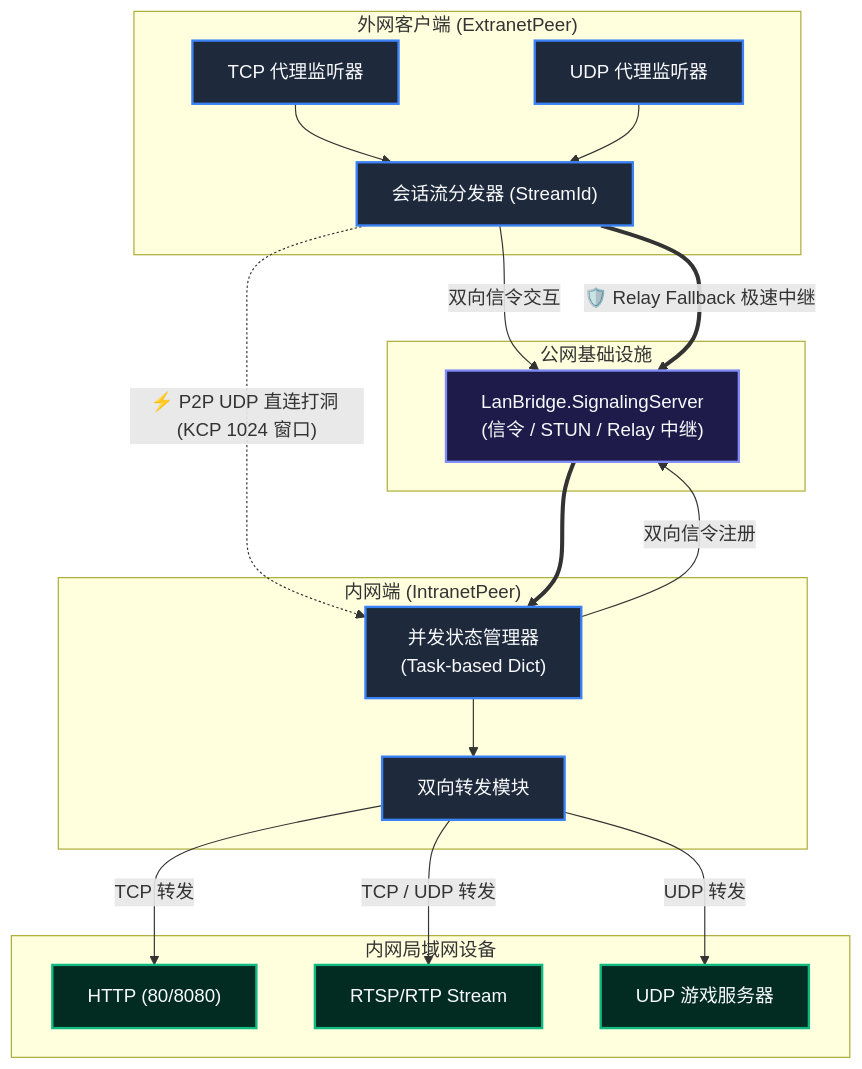
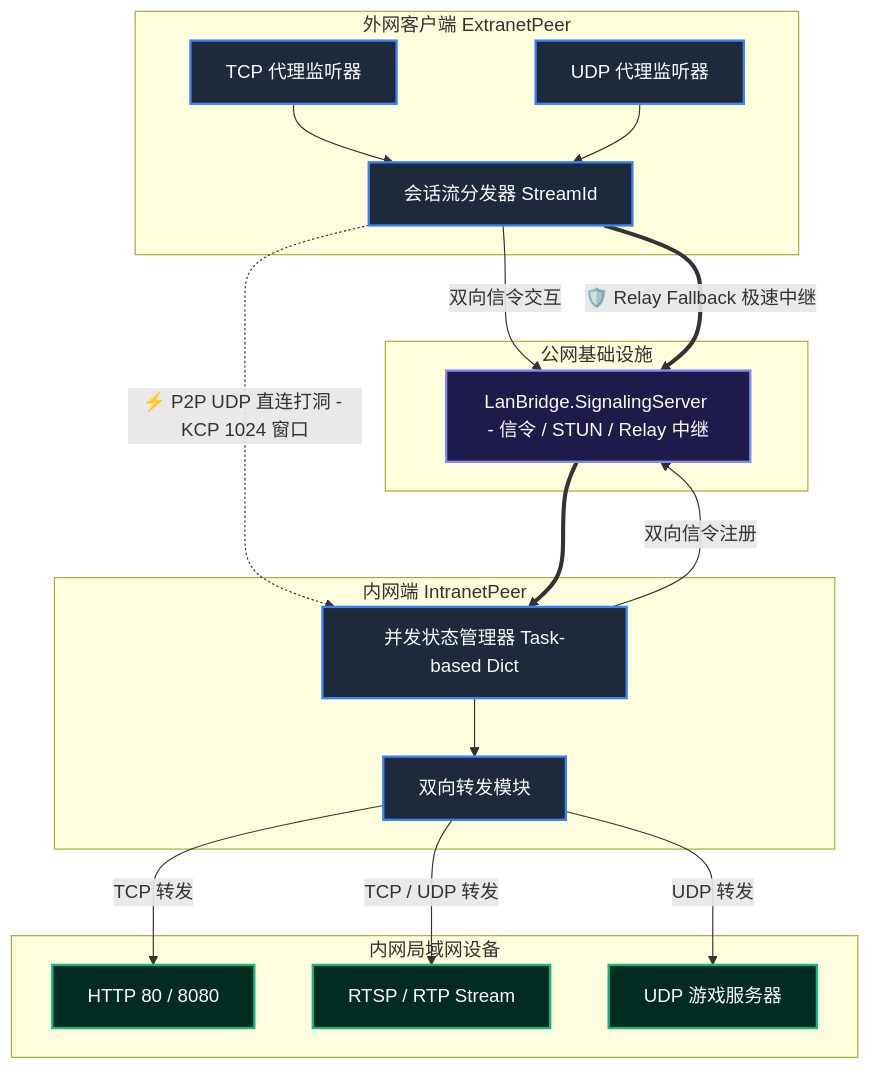
Before and after one commit to wobushiafa/LanBridge: the diagram in README.md, drawn with Mermaid. The commit also changed 5 other files, not shown here.

Commit message:
feat: implement IPv4/IPv6 dual-stack parallel hole punching with Happy Eyeballs style selection and STUN resolution, and fix Mermaid diagram syntax in README.md

````diff
--- a/README.md
+++ b/README.md
@@ -33,47 +33,47 @@
 ```mermaid
 flowchart TB
-    subgraph Extranet ["外网客户端 (ExtranetPeer)"]
+    subgraph Extranet ["外网客户端 ExtranetPeer"]
         LocalTCP["TCP 代理监听器"]
         LocalUDP["UDP 代理监听器"]
-        ExtSession["会话流分发器 (StreamId)"]
+        ExtSession["会话流分发器 StreamId"]
     end
 
     subgraph Internet ["公网基础设施"]
-        Server["LanBridge.SignalingServer<br/>(信令 / STUN / Relay 中继)"]
+        Server["LanBridge.SignalingServer - 信令 / STUN / Relay 中继"]
     end
 
-    subgraph Intranet ["内网端 (IntranetPeer)"]
-        IntSession["并发状态管理器<br/>(Task-based Dict)"]
+    subgraph Intranet ["内网端 IntranetPeer"]
+        IntSession["并发状态管理器 Task-based Dict"]
         TargetRouter["双向转发模块"]
     end
 
     subgraph LAN ["内网局域网设备"]
-        HTTP["HTTP (80/8080)"]
-        RTSP["RTSP/RTP Stream"]
+        HTTP["HTTP 80 / 8080"]
+        RTSP["RTSP / RTP Stream"]
         Game["UDP 游戏服务器"]
     end
 
     %% 信令连接
     LocalTCP --> ExtSession
     LocalUDP --> ExtSession
-    ExtSession -- "双向信令交互" --> Server
-    IntSession -- "双向信令注册" --> Server
+    ExtSession -->|双向信令交互| Server
+    IntSession -->|双向信令注册| Server
 
     %% 穿透与回退链路
-    ExtSession -. "⚡ P2P UDP 直连打洞 (KCP 1024 窗口)" .-> IntSession
-    ExtSession == "🛡️ Relay Fallback 极速中继" ==> Server
+    ExtSession -.->|⚡ P2P UDP 直连打洞 - KCP 1024 窗口| IntSession
+    ExtSession ==>|🛡️ Relay Fallback 极速中继| Server
     Server ==> IntSession
 
     %% 局域网分发
     IntSession --> TargetRouter
-    TargetRouter -- "TCP 转发" --> HTTP
-    TargetRouter -- "TCP / UDP 转发" --> RTSP
-    TargetRouter -- "UDP 转发" --> Game
+    TargetRouter -->|TCP 转发| HTTP
+    TargetRouter -->|TCP / UDP 转发| RTSP
+    TargetRouter -->|UDP 转发| Game
 
     classDef peer fill:#1e293b,stroke:#3b82f6,stroke-width:2px,color:#f8fafc;
     classDef server fill:#1e1b4b,stroke:#818cf8,stroke-width:2px,color:#f8fafc;
     classDef lan fill:#022c22,stroke:#10b981,stroke-width:2px,color:#f8fafc;
     class LocalTCP,LocalUDP,ExtSession,IntSession,TargetRouter peer;
     class Server server;
     class HTTP,RTSP,Game lan;
 ```
````
